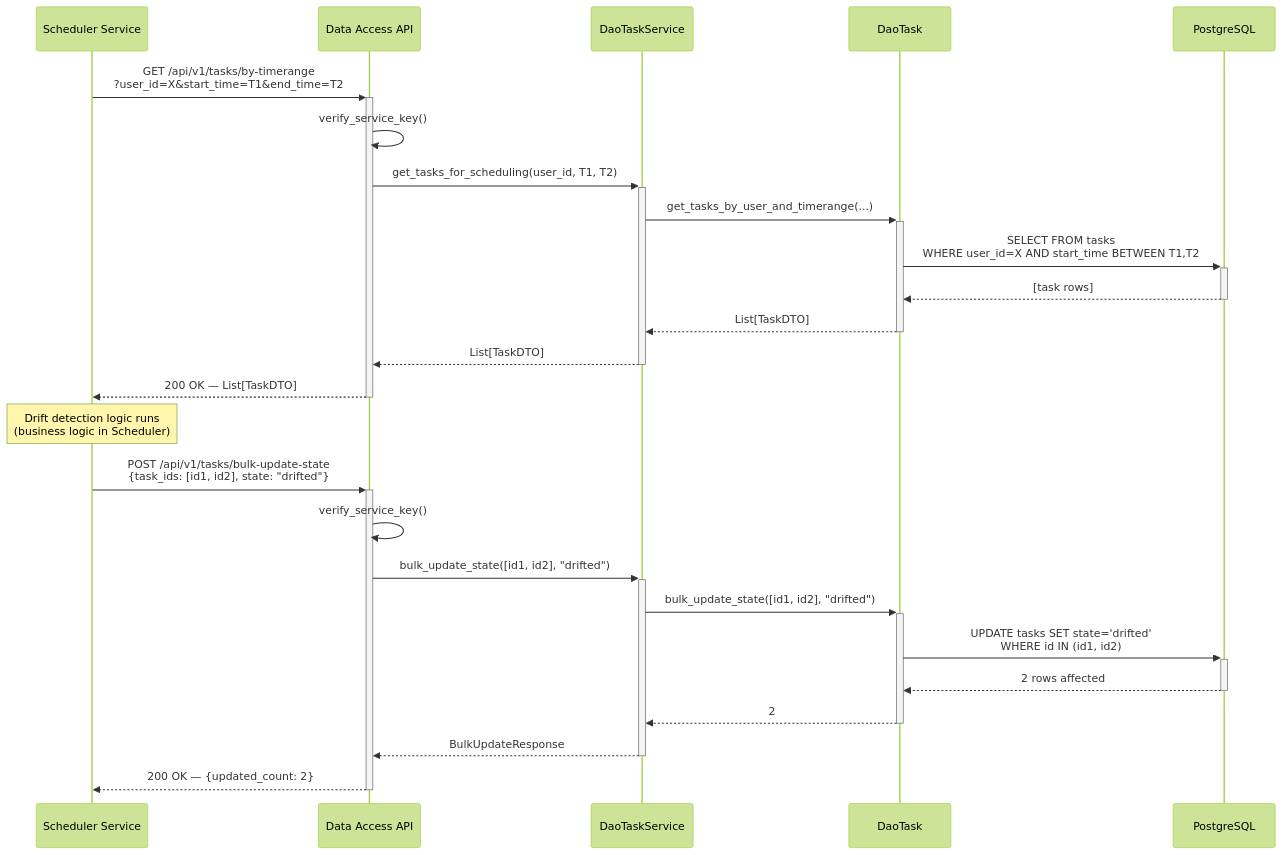
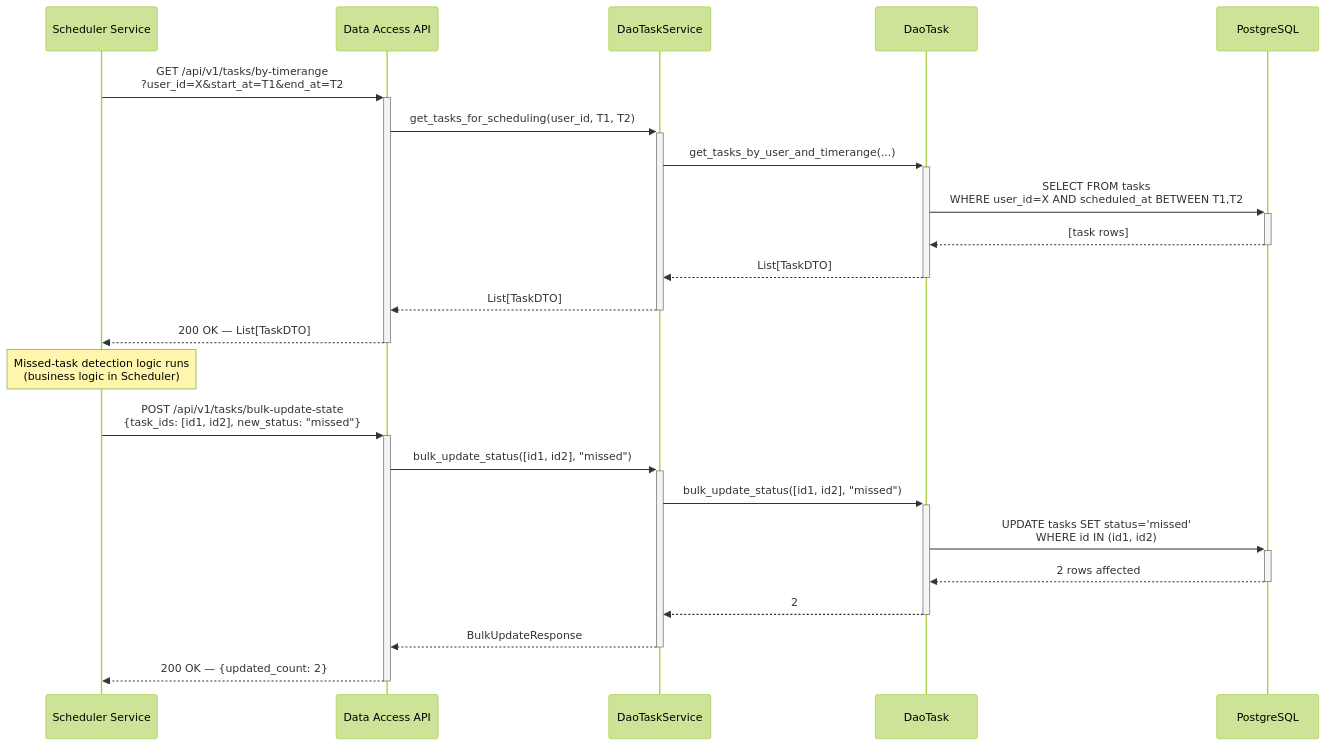
Before and after one commit to MacDavicK/Flux-Team-8: the third of 5 diagrams in docs/dao_design.md, drawn with Mermaid (forest theme). The commit also changed other lines of this file and 12 other files, not shown here.

````diff
--- a/docs/dao_design.md
+++ b/docs/dao_design.md
@@ -418,30 +384,28 @@
 ```mermaid
 sequenceDiagram
     participant SC as Scheduler Service
     participant API as Data Access API
     participant SVC as DaoTaskService
     participant DAO as DaoTask
     participant DB as PostgreSQL
 
-    SC->>+API: GET /api/v1/tasks/by-timerange<br/>?user_id=X&start_time=T1&end_time=T2
-    API->>API: verify_service_key()
+    SC->>+API: GET /api/v1/tasks/by-timerange<br/>?user_id=X&start_at=T1&end_at=T2
     API->>+SVC: get_tasks_for_scheduling(user_id, T1, T2)
     SVC->>+DAO: get_tasks_by_user_and_timerange(...)
-    DAO->>+DB: SELECT FROM tasks<br/>WHERE user_id=X AND start_time BETWEEN T1,T2
+    DAO->>+DB: SELECT FROM tasks<br/>WHERE user_id=X AND scheduled_at BETWEEN T1,T2
     DB-->>-DAO: [task rows]
     DAO-->>-SVC: List[TaskDTO]
     SVC-->>-API: List[TaskDTO]
     API-->>-SC: 200 OK — List[TaskDTO]
 
-    Note over SC: Drift detection logic runs<br/>(business logic in Scheduler)
+    Note over SC: Missed-task detection logic runs<br/>(business logic in Scheduler)
 
-    SC->>+API: POST /api/v1/tasks/bulk-update-state<br/>{task_ids: [id1, id2], state: "drifted"}
-    API->>API: verify_service_key()
-    API->>+SVC: bulk_update_state([id1, id2], "drifted")
-    SVC->>+DAO: bulk_update_state([id1, id2], "drifted")
-    DAO->>+DB: UPDATE tasks SET state='drifted'<br/>WHERE id IN (id1, id2)
+    SC->>+API: POST /api/v1/tasks/bulk-update-state<br/>{task_ids: [id1, id2], new_status: "missed"}
+    API->>+SVC: bulk_update_status([id1, id2], "missed")
+    SVC->>+DAO: bulk_update_status([id1, id2], "missed")
+    DAO->>+DB: UPDATE tasks SET status='missed'<br/>WHERE id IN (id1, id2)
     DB-->>-DAO: 2 rows affected
     DAO-->>-SVC: 2
     SVC-->>-API: BulkUpdateResponse
     API-->>-SC: 200 OK — {updated_count: 2}
 ```
````
